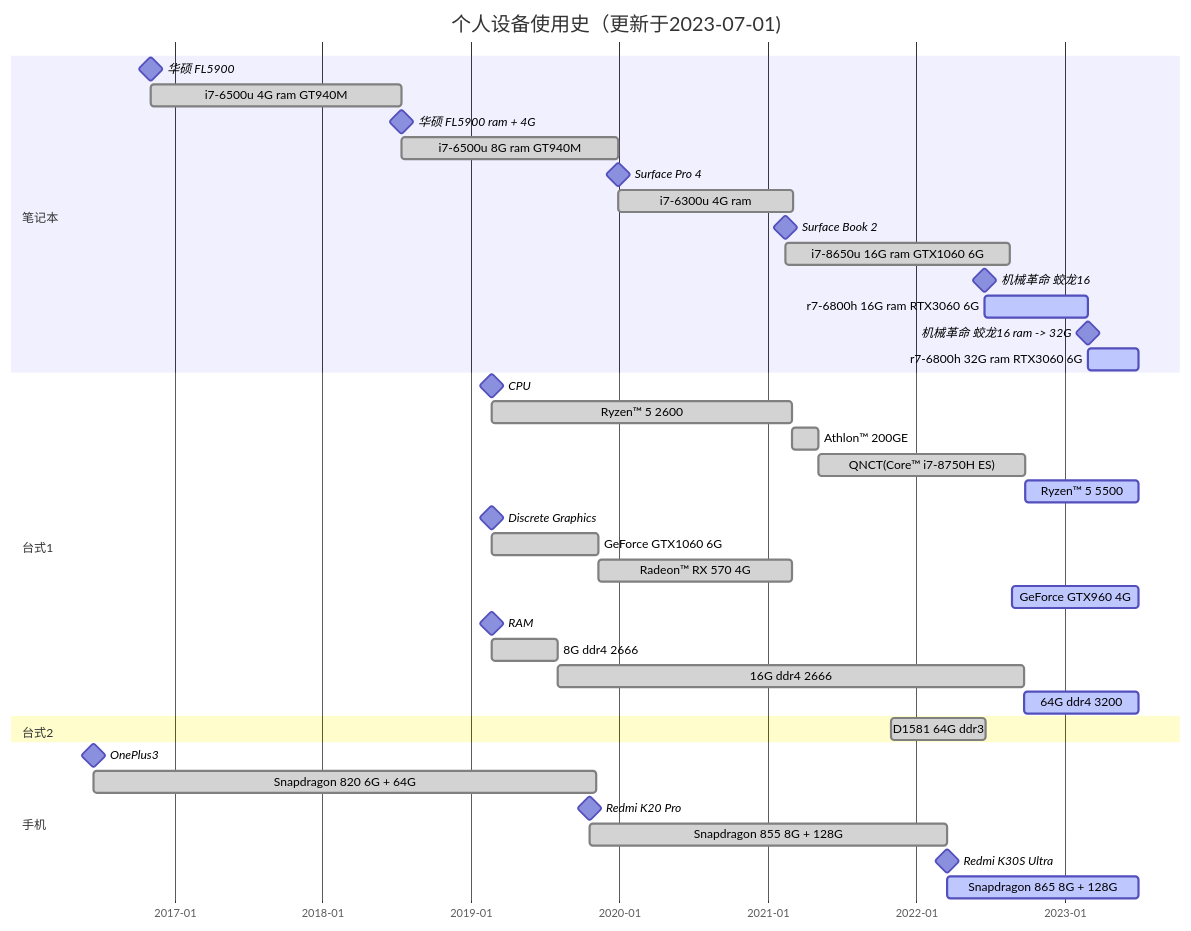
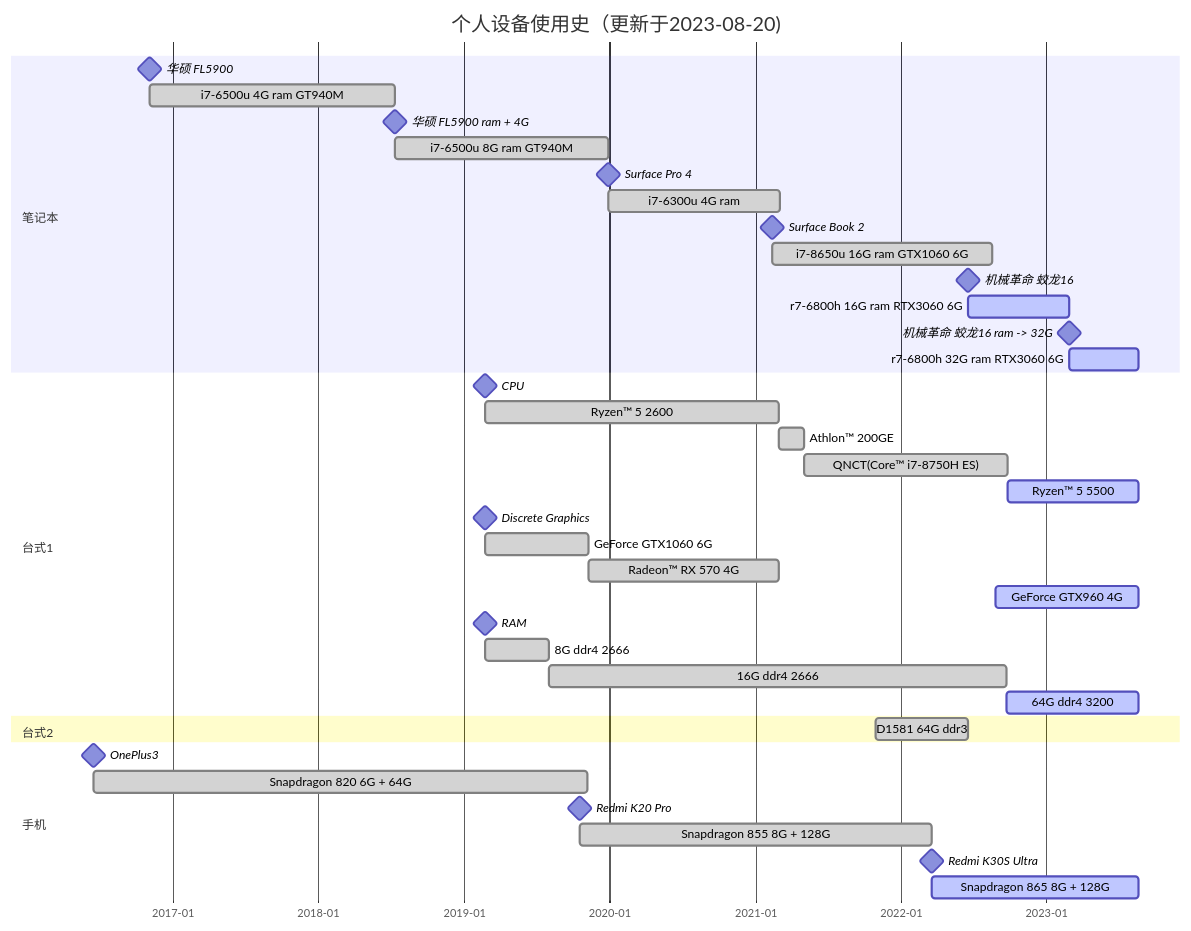
Before and after one commit to xuanyabulema/xuanyabulema.github.io: the diagram in source/microchip/index.md, drawn with Mermaid. The commit also changed 4 other files, not shown here.

````diff
--- a/source/microchip/index.md
+++ b/source/microchip/index.md
@@ -13,51 +13,51 @@
 ```mermaid
 gantt
-    title 个人设备使用史（更新于2023-07-01)
+    title 个人设备使用史（更新于2023-08-20)
     dateFormat  YYYY-MM-DD
     axisFormat  %Y-%m
     
     section 笔记本
     华硕 FL5900                                 :milestone, 2016-11-03, 0d
     i7-6500u  4G ram GT940M                     :done, 2016-11-03, 2018-07-13
     华硕 FL5900  ram + 4G                        :milestone, 2018-07-13, 0d
     i7-6500u  8G ram GT940M                     :done, 2018-07-13, 2019-12-29
     Surface Pro 4                               :milestone, 2019-12-29, 0d
     i7-6300u  4G ram                            :done, 2019-12-29, 2021-03-03
     Surface Book 2                              :milestone, 2021-02-12, 0d
     i7-8650u  16G ram  GTX1060 6G               :done, 2021-02-12, 2022-08-18
     机械革命 蛟龙16                               :milestone, 2022-06-17, 0d
     r7-6800h  16G ram    RTX3060 6G             :active, 2022-06-17, 2023-02-26
     机械革命 蛟龙16  ram -> 32G                   :milestone, 2023-02-26, 0d
-    r7-6800h  32G ram    RTX3060 6G             :active, 2023-02-26, 2023-07-01
+    r7-6800h  32G ram    RTX3060 6G             :active, 2023-02-26, 2023-08-20
     
     
     section 台式1
     CPU                                         :milestone, 2019-02-22, 0d
     Ryzen™ 5 2600                               :done, 2019-02-22, 2021-03-01
     Athlon™ 200GE                               :done, 2021-03-01, 2021-05-04
     QNCT(Core™ i7-8750H ES)                     :done, 2021-05-04, 2022-09-26
-    Ryzen™ 5 5500                               :active, 2022-09-26, 2023-07-01
+    Ryzen™ 5 5500                               :active, 2022-09-26, 2023-08-20
     
     Discrete Graphics                           :milestone, 2019-02-22, 0d
     GeForce GTX1060 6G                          :done, 2019-02-22, 2019-11-10
     Radeon™ RX 570 4G                           :done, 2019-11-10, 2021-03-01
-    GeForce GTX960 4G                           :active, 2022-08-25, 2023-07-01
+    GeForce GTX960 4G                           :active, 2022-08-25, 2023-08-20
     
     RAM                                         :milestone, 2019-02-22, 0d
     8G ddr4 2666                                :done, 2019-02-22, 2019-08-02
     16G ddr4 2666                               :done, 2019-08-02, 2022-09-22
-    64G ddr4 3200                               :active, 2022-09-22, 2023-07-01
+    64G ddr4 3200                               :active, 2022-09-22, 2023-08-20
     
     
     section 台式2
     D1581 64G ddr3                              :done, 2021-10-29,2022-06-19
     
     
     section 手机
     OnePlus3                                    :milestone, 2016-06-16, 0d
     Snapdragon 820 6G + 64G                     :done, 2016-06-16, 2019-11-06
     Redmi K20 Pro                               :milestone, 2019-10-19, 0d
     Snapdragon 855  8G + 128G                   :done, 2019-10-19, 2022-03-18
     Redmi K30S Ultra                            :milestone, 2022-03-18, 0d
-    Snapdragon 865  8G + 128G                   :active, 2022-03-18, 2023-07-01
+    Snapdragon 865  8G + 128G                   :active, 2022-03-18, 2023-08-20
 ```
````
